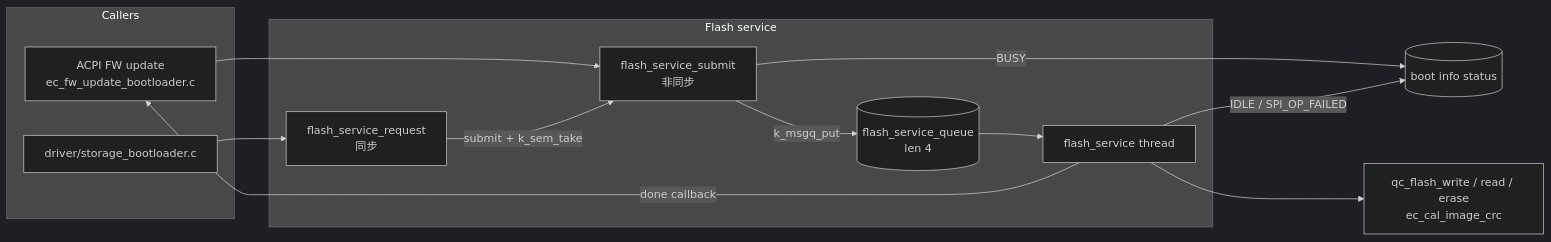
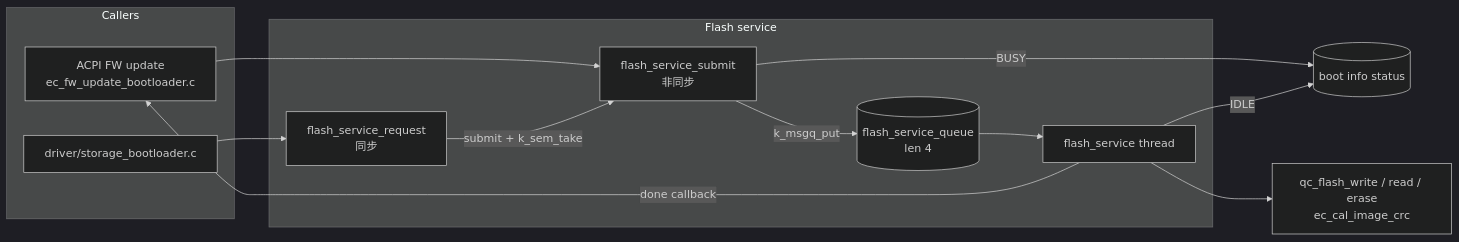
One commit to MCHP-Andy/ec_qualcomm changed the diagram in service/flash/readme.md. Above: the diagram before and after it, drawn with Mermaid (dark theme). The commit also changed other lines of this file and 6 other files, not shown here.

First line of the commit message:
feat(flash): report idle after a failed flash operation

````diff
--- a/service/flash/readme.md
+++ b/service/flash/readme.md
@@ -13,27 +13,27 @@
 ```mermaid
 graph LR
     subgraph "Callers"
         FW[ACPI FW update<br/>ec_fw_update_bootloader.c]
         STO[driver/storage_bootloader.c]
     end
 
     subgraph "Flash service"
         SUB[flash_service_submit<br/>非同步]
         REQ[flash_service_request<br/>同步]
         Q[(flash_service_queue<br/>len 4)]
         THR[flash_service thread]
     end
 
     DRV[qc_flash_write / read / erase<br/>ec_cal_image_crc]
     INFO[(boot info status)]
 
     FW --> SUB
     STO --> REQ
     REQ -->|submit + k_sem_take| SUB
     SUB -->|BUSY| INFO
     SUB -->|k_msgq_put| Q
     Q --> THR
     THR --> DRV
     THR -->|done callback| FW
-    THR -->|IDLE / SPI_OP_FAILED| INFO
+    THR -->|IDLE| INFO
 ```
````
